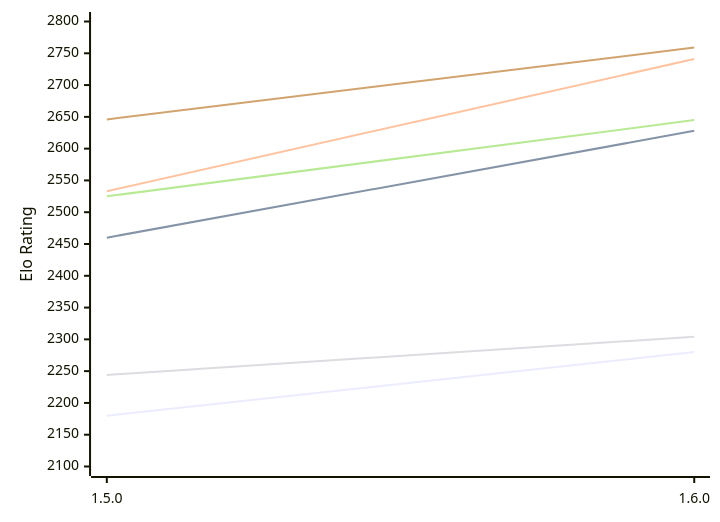
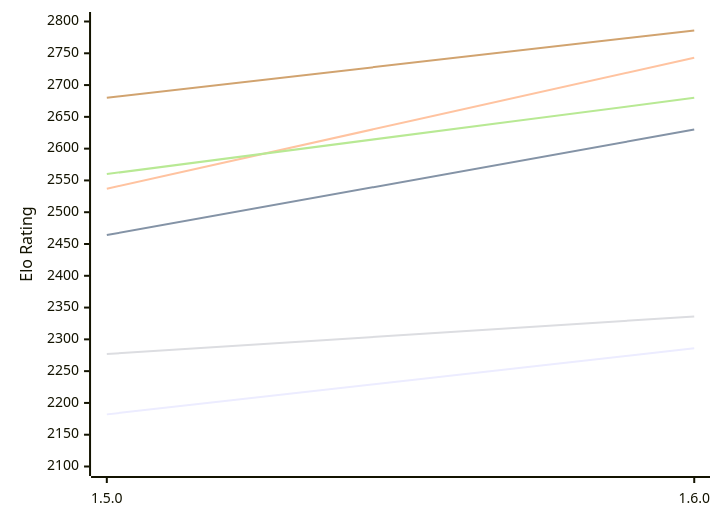
Before and after one commit to computer-chess-index/cci: the first of 2 diagrams in engines/Tofiks.md, drawn with Mermaid. The commit also changed other lines of this file, not shown here.

Commit message:
Update CCI Ratings (ELO VLTC) - 2026-11-01

````diff
--- a/engines/Tofiks.md
+++ b/engines/Tofiks.md
@@ -51,12 +51,12 @@
 ```mermaid
 %%{init: {"theme":"base","themeVariables":{"seriesColors:['#a3a3a3','#222221','#faa371']}}}%%
 xychart-beta
   x-axis ["1.5.0", "1.6.0"]
   y-axis "Elo Rating" 2100 --> 2800
-  line "E1: STC (8.0+0.08s)" [2180, 2280]
-  line "E1: LTC (60.0+0.60s)" [2460, 2628]
-  line "E1: VLTC (2m24s+1.12s)" [2533, 2741]
-  line "P1: STC (8.0+0.08s)" [2244, 2304]
-  line "P1: LTC (60.0+0.60s)" [2525, 2645]
-  line "P1: VLTC (2m24s+1.12s)" [2646, 2759]
+  line "E1: STC (8.0+0.08s)" [2182, 2286]
+  line "E1: LTC (60.0+0.60s)" [2464, 2630]
+  line "E1: VLTC (2m24s+1.12s)" [2537, 2743]
+  line "P1: STC (8.0+0.08s)" [2277, 2336]
+  line "P1: LTC (60.0+0.60s)" [2560, 2680]
+  line "P1: VLTC (2m24s+1.12s)" [2680, 2786]
 ```
````
